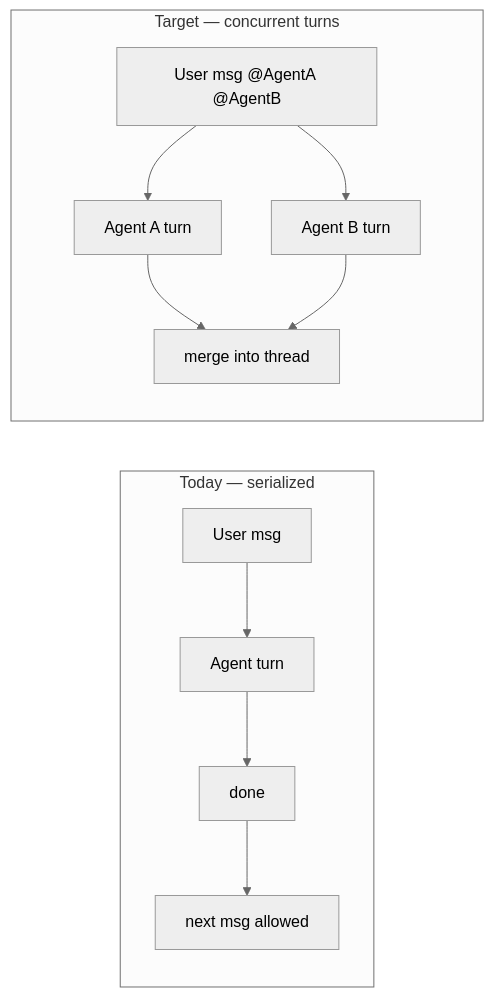
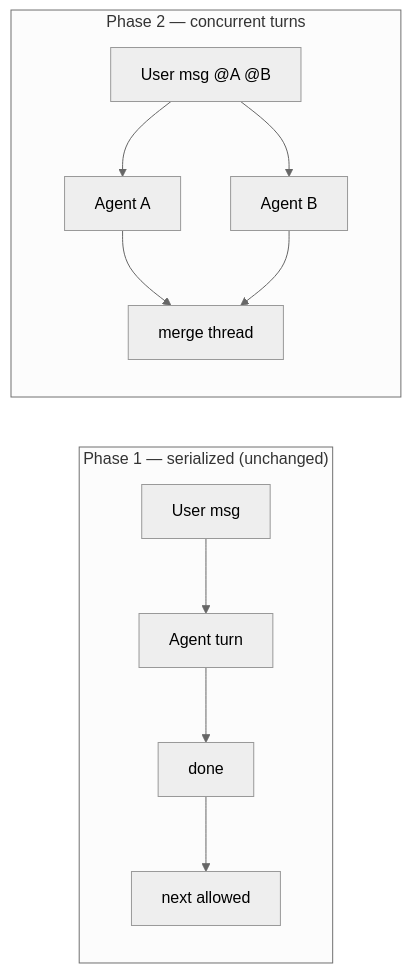
The third of 9 diagrams in plans/conversations-mega-phase-1-wbs.md (MemberJunction/MJ), drawn with Mermaid (neutral theme) before and after one commit. The commit also changed other lines of this file, not shown here.

First line of the commit message:
docs: finalize Mega Phase 1 plan — realtime + proxy findings, revised decisions

````diff
--- a/plans/conversations-mega-phase-1-wbs.md
+++ b/plans/conversations-mega-phase-1-wbs.md
@@ -173,12 +148,12 @@
 ```mermaid
 flowchart LR
-  subgraph TODAY["Today — serialized"]
-    U1[User msg] --> A1[Agent turn] --> DONE1[done] --> U2[next msg allowed]
+  subgraph TODAY["Phase 1 — serialized (unchanged)"]
+    U1[User msg] --> A1[Agent turn] --> D1[done] --> U2[next allowed]
   end
-  subgraph TARGET["Target — concurrent turns"]
-    UH[User msg @AgentA @AgentB] --> PA[Agent A turn]
-    UH --> PB[Agent B turn]
-    PA --> M[merge into thread]
+  subgraph P2["Phase 2 — concurrent turns"]
+    UH["User msg @A @B"] --> PA[Agent A]
+    UH --> PB[Agent B]
+    PA --> M[merge thread]
     PB --> M
   end
 ```
````
